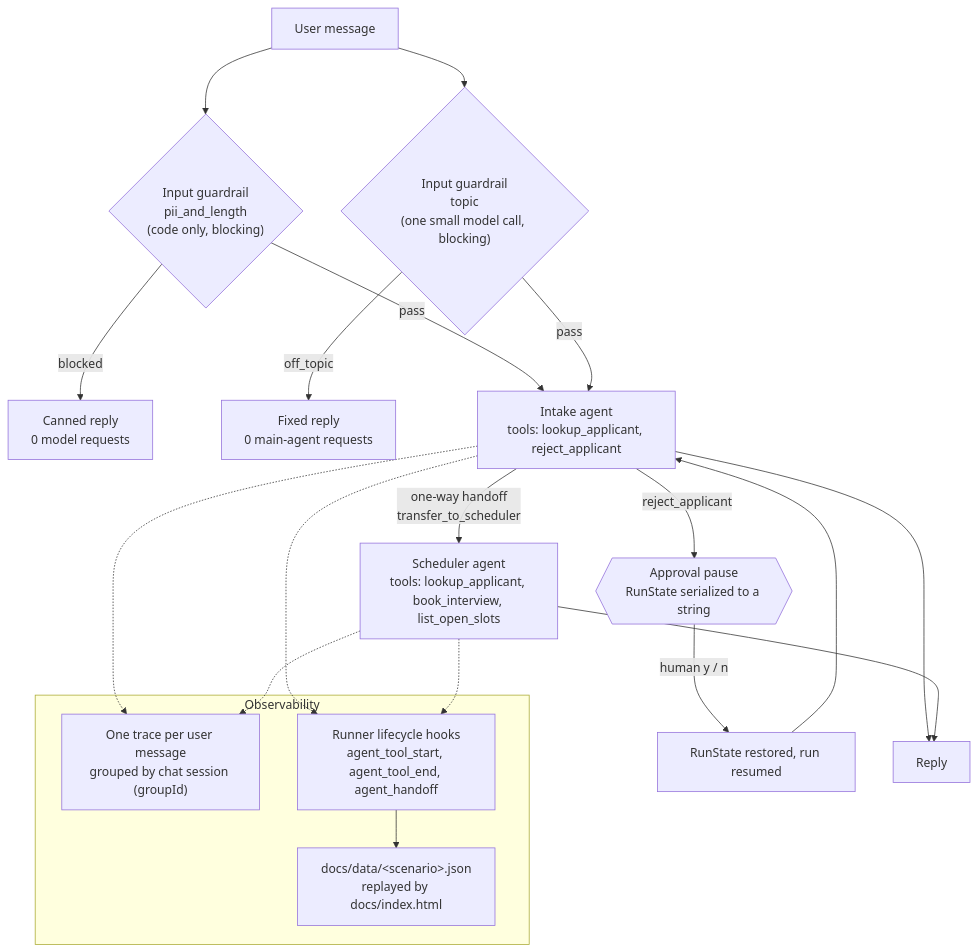
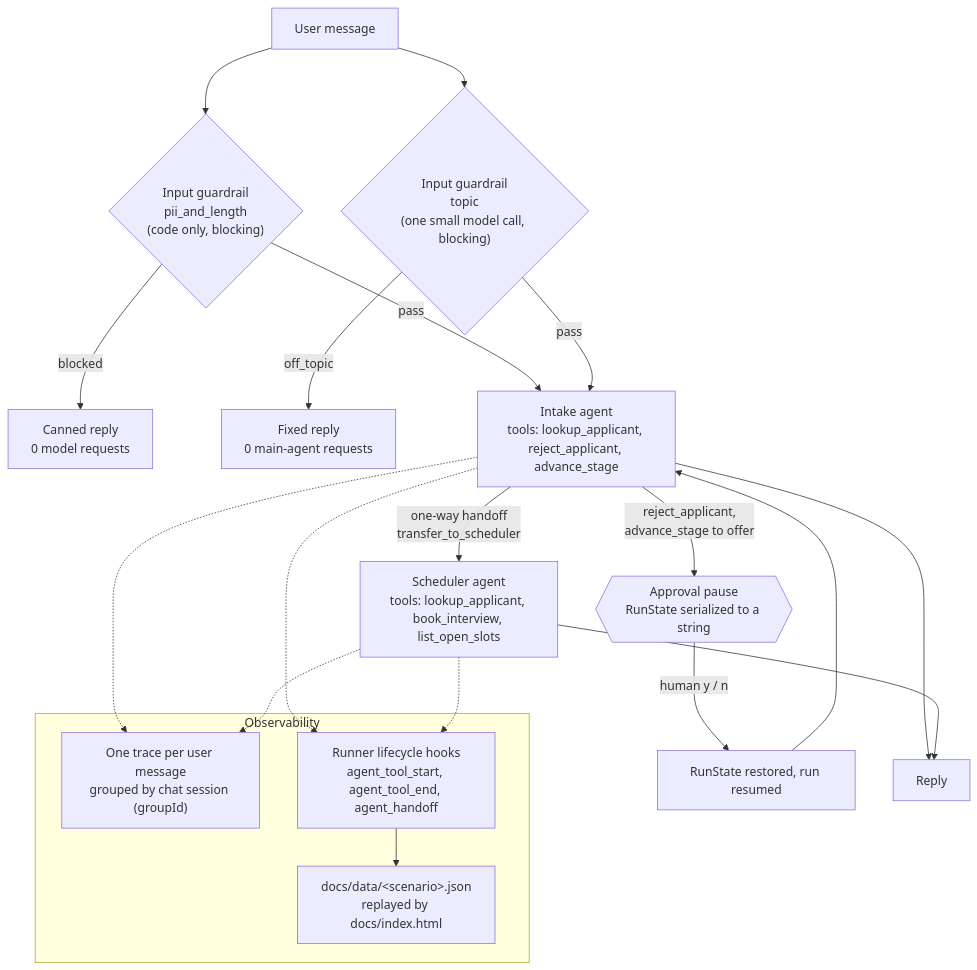
Before and after one commit to Hekleiman/applicant-intake-agent: the first of 2 diagrams in README.md, drawn with Mermaid. The commit also changed other lines of this file and 41 other files, not shown here.

````diff
--- a/README.md
+++ b/README.md
@@ -11,26 +13,26 @@
 ```mermaid
 flowchart TD
     U[User message] --> G{"Input guardrail<br/>pii_and_length<br/>(code only, blocking)"}
     U --> TC{"Input guardrail<br/>topic<br/>(one small model call, blocking)"}
     G -- blocked --> B["Canned reply<br/>0 model requests"]
     TC -- off_topic --> O["Fixed reply<br/>0 main-agent requests"]
-    G -- pass --> I["Intake agent<br/>tools: lookup_applicant, reject_applicant"]
+    G -- pass --> I["Intake agent<br/>tools: lookup_applicant, reject_applicant, advance_stage"]
     TC -- pass --> I
     I -- "one-way handoff<br/>transfer_to_scheduler" --> S["Scheduler agent<br/>tools: lookup_applicant, book_interview, list_open_slots"]
-    I -- reject_applicant --> P{{"Approval pause<br/>RunState serialized to a string"}}
+    I -- "reject_applicant,<br/>advance_stage to offer" --> P{{"Approval pause<br/>RunState serialized to a string"}}
     P -- "human y / n" --> R["RunState restored, run resumed"]
     R --> I
     I --> A[Reply]
     S --> A
 
     subgraph Observability
         T["One trace per user message<br/>grouped by chat session (groupId)"]
         H["Runner lifecycle hooks<br/>agent_tool_start, agent_tool_end, agent_handoff"]
         J["docs/data/&lt;scenario&gt;.json<br/>replayed by docs/index.html"]
         H --> J
     end
     I -.-> T
     S -.-> T
     I -.-> H
     S -.-> H
 ```
````
